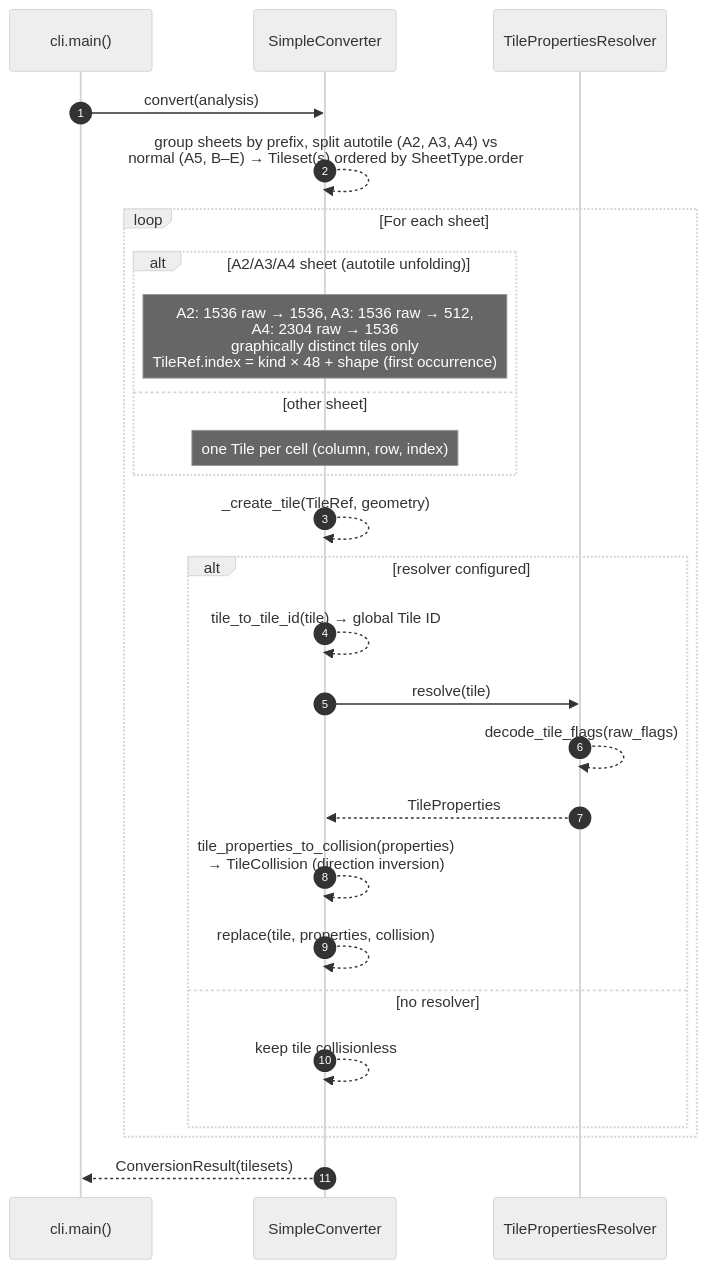
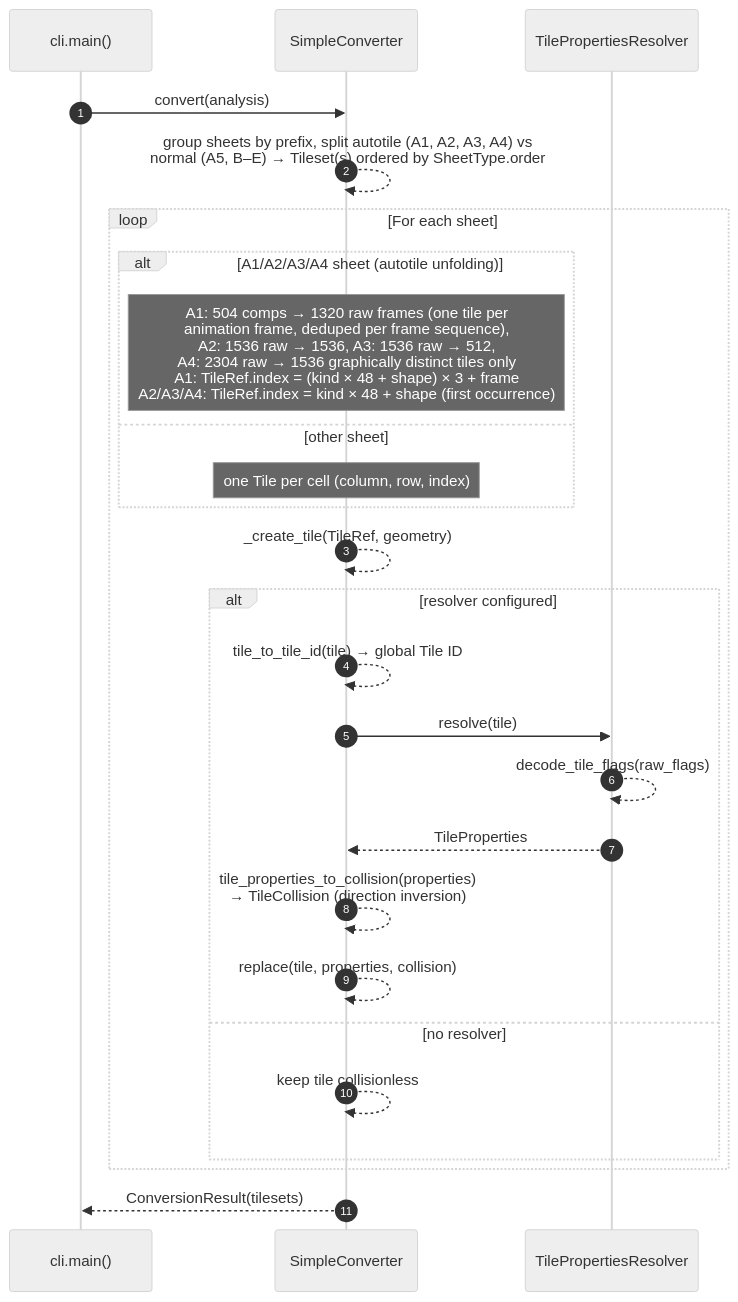
The third of 4 diagrams in README.md (ultra-sonic-28/rpgmaker2godot), drawn with Mermaid (neutral theme) before and after one commit. The commit also changed other lines of this file and 23 other files, not shown here.

````diff
--- a/README.md
+++ b/README.md
@@ -528,29 +615,29 @@
 ```mermaid
 sequenceDiagram
     autonumber
     participant CLI as cli.main()
     participant C as SimpleConverter
     participant R as TilePropertiesResolver
 
     CLI->>C: convert(analysis)
-    C-->>C: group sheets by prefix, split autotile (A2, A3, A4) vs<br/>normal (A5, B–E) → Tileset(s) ordered by SheetType.order
+    C-->>C: group sheets by prefix, split autotile (A1, A2, A3, A4) vs<br/>normal (A5, B–E) → Tileset(s) ordered by SheetType.order
     loop For each sheet
-        alt A2/A3/A4 sheet (autotile unfolding)
-            Note over C: A2: 1536 raw → 1536, A3: 1536 raw → 512,<br/>A4: 2304 raw → 1536<br/>graphically distinct tiles only<br/>TileRef.index = kind × 48 + shape (first occurrence)
+        alt A1/A2/A3/A4 sheet (autotile unfolding)
+            Note over C: A1: 504 comps → 1320 raw frames (one tile per<br/>animation frame, deduped per frame sequence),<br/>A2: 1536 raw → 1536, A3: 1536 raw → 512,<br/>A4: 2304 raw → 1536 graphically distinct tiles only<br/>A1: TileRef.index = (kind × 48 + shape) × 3 + frame<br/>A2/A3/A4: TileRef.index = kind × 48 + shape (first occurrence)
         else other sheet
             Note over C: one Tile per cell (column, row, index)
         end
         C-->>C: _create_tile(TileRef, geometry)
         alt resolver configured
             C-->>C: tile_to_tile_id(tile) → global Tile ID
             C->>R: resolve(tile)
             R-->>R: decode_tile_flags(raw_flags)
             R-->>C: TileProperties
             C-->>C: tile_properties_to_collision(properties)<br/>→ TileCollision (direction inversion)
             C-->>C: replace(tile, properties, collision)
         else no resolver
             C-->>C: keep tile collisionless
         end
     end
     C-->>CLI: ConversionResult(tilesets)
 ```
````
